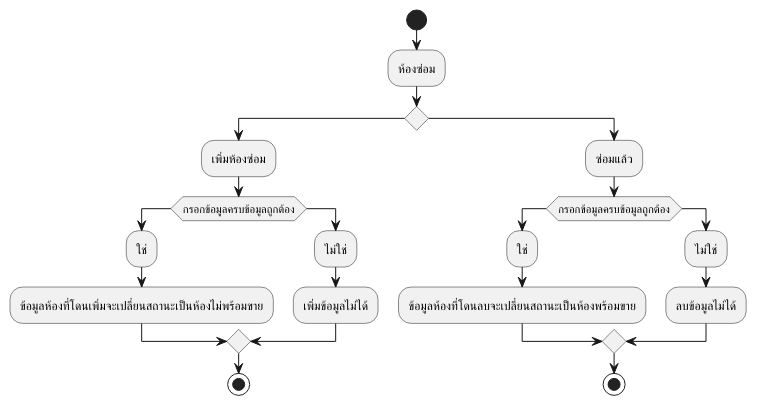
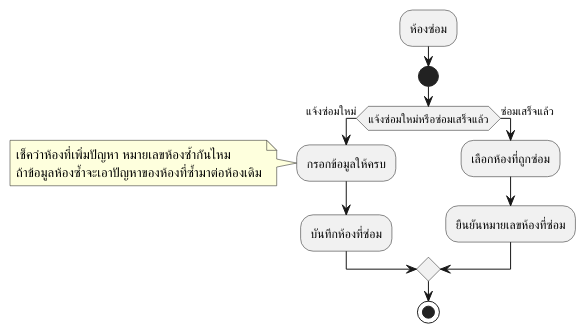
One commit to cheat13/Prompiman_Diagram changed the diagram in activity-diagram/room/outofder.md. Above: the diagram before and after it, drawn with PlantUML. The commit also changed 6 other files, not shown here.

```diff
--- a/activity-diagram/room/outofder.md
+++ b/activity-diagram/room/outofder.md
@@ -1,24 +1,16 @@
 @startuml
+:ห้องซ่อม;
 start
-:ห้องซ่อม;
-if () then
-:เพิ่มห้องซ่อม;
-if (กรอกข้อมูลครบข้อมูลถูกต้อง) then
-:ใช่;
-:ข้อมูลห้องที่โดนเพิ่มจะเปลี่ยนสถานะเป็นห้องไม่พร้อมขาย;
-else ()
-:ไม่ใช่;
-:เพิ่มข้อมูลไม่ได้;
-endif
-stop
-else ()
-:ซ่อมแล้ว;
-if (กรอกข้อมูลครบข้อมูลถูกต้อง) then
-:ใช่;
-:ข้อมูลห้องที่โดนลบจะเปลี่ยนสถานะเป็นห้องพร้อมขาย;
-else ()
-:ไม่ใช่;
-:ลบข้อมูลไม่ได้;
+if(แจ้งซ่อมใหม่หรือซ่อมเสร็จแล้ว) then (แจ้งซ่อมใหม่)
+:กรอกข้อมูลให้ครบ;
+note left
+เช็คว่าห้องที่เพิ่มปัญหา หมายเลขห้องซ้ำกันไหม
+ถ้าข้อมูลห้องซ้ำจะเอาปัญหาของห้องที่ซ้ำมาต่อห้องเดิม
+end note
+:บันทึกห้องที่ซ่อม;
+else(ซ่อมเสร็จแล้ว)
+:เลือกห้องที่ถูกซ่อม;
+:ยืนยันหมายเลขห้องที่ซ่อม;
 endif
 stop
 @enduml
```
